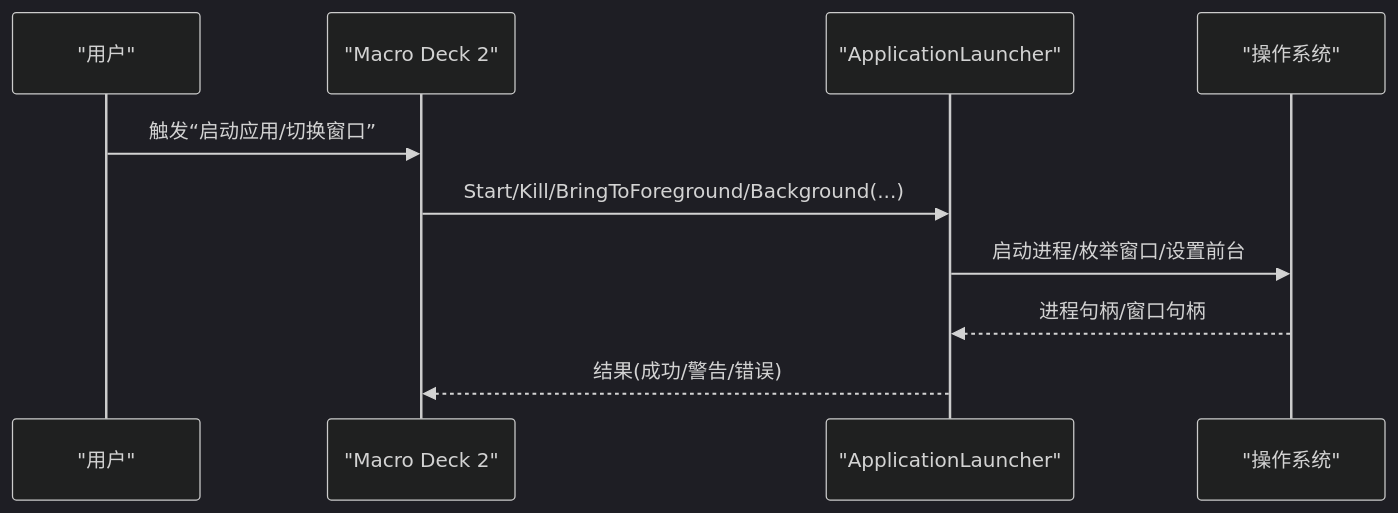
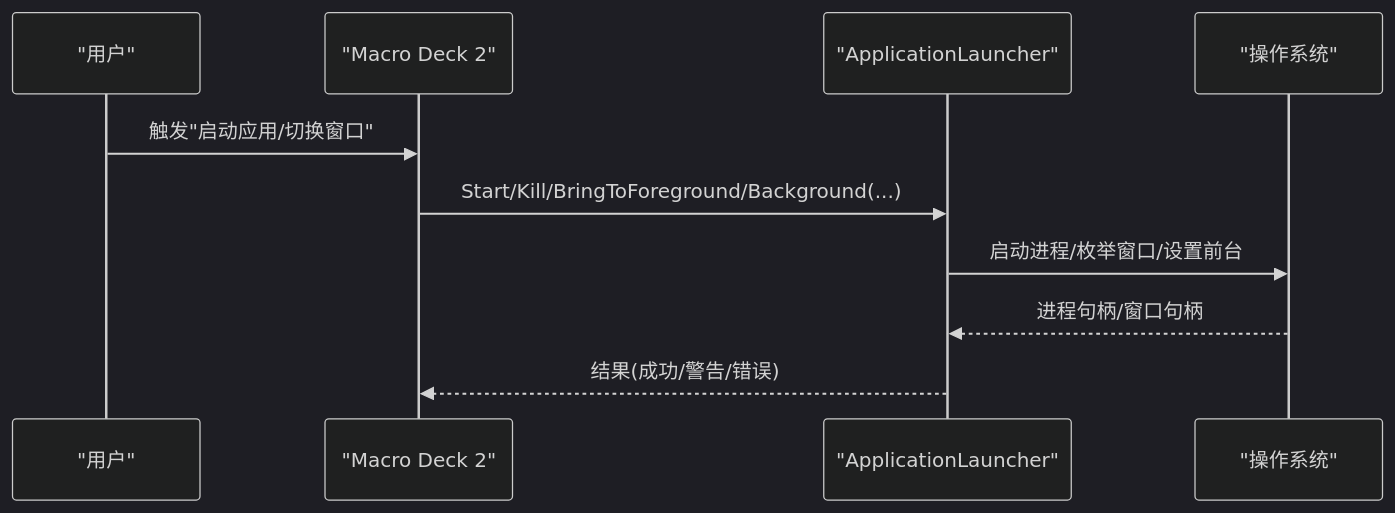
Before and after one commit to tea4go/Macro-Deck-Windows-Utils-Plugin: the fifth of 6 diagrams in .qoder/repowiki/zh/content/故障排除.md, drawn with Mermaid (dark theme). The commit also changed other lines of this file and 15 other files, not shown here.

````diff
--- a/.qoder/repowiki/zh/content/故障排除.md
+++ b/.qoder/repowiki/zh/content/故障排除.md
@@ -198,12 +211,12 @@
 ```mermaid
 sequenceDiagram
 participant U as "用户"
 participant MD as "Macro Deck 2"
 participant LA as "ApplicationLauncher"
 participant OS as "操作系统"
-U->>MD : 触发“启动应用/切换窗口”
+U->>MD : 触发"启动应用/切换窗口"
 MD->>LA : Start/Kill/BringToForeground/Background(...)
 LA->>OS : 启动进程/枚举窗口/设置前台
 OS-->>LA : 进程句柄/窗口句柄
 LA-->>MD : 结果(成功/警告/错误)
 ```
````
